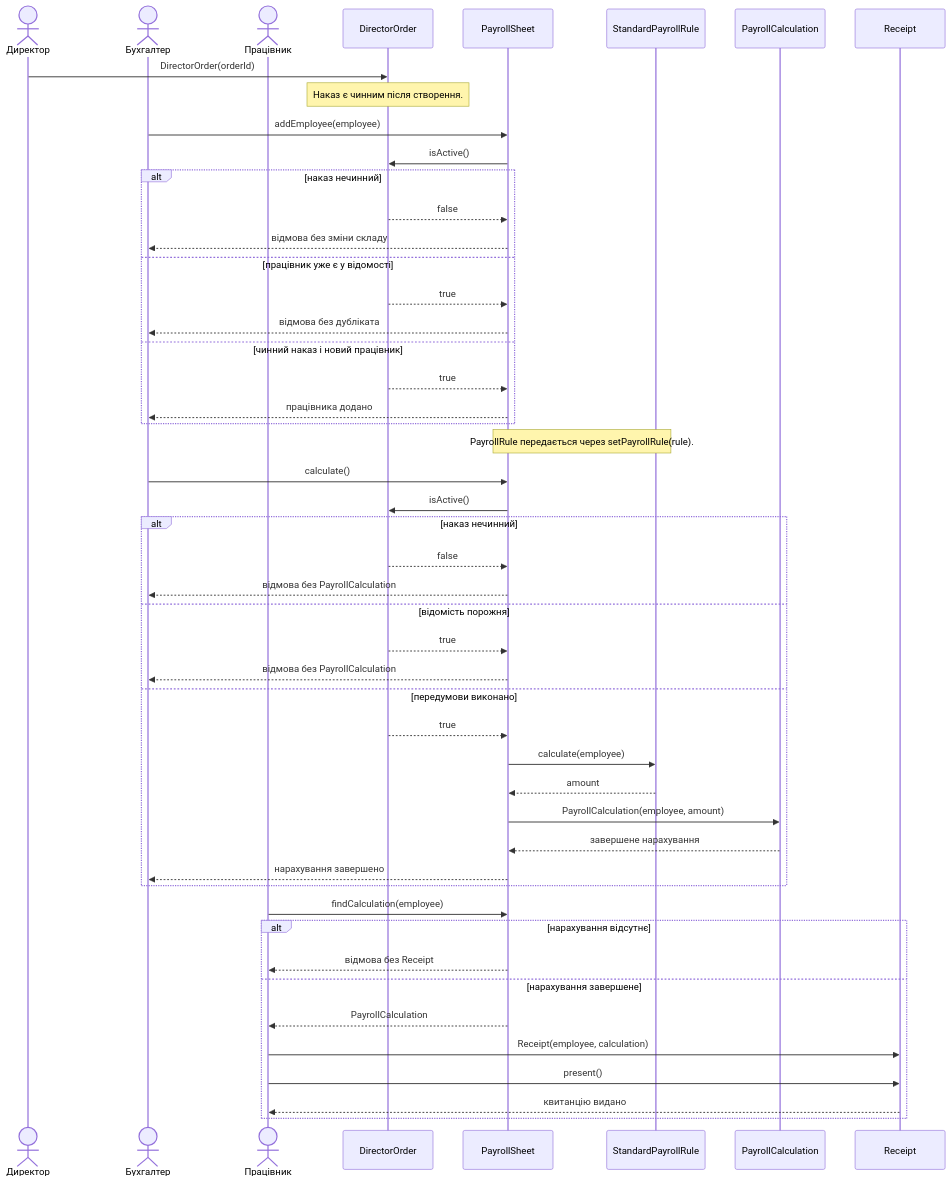
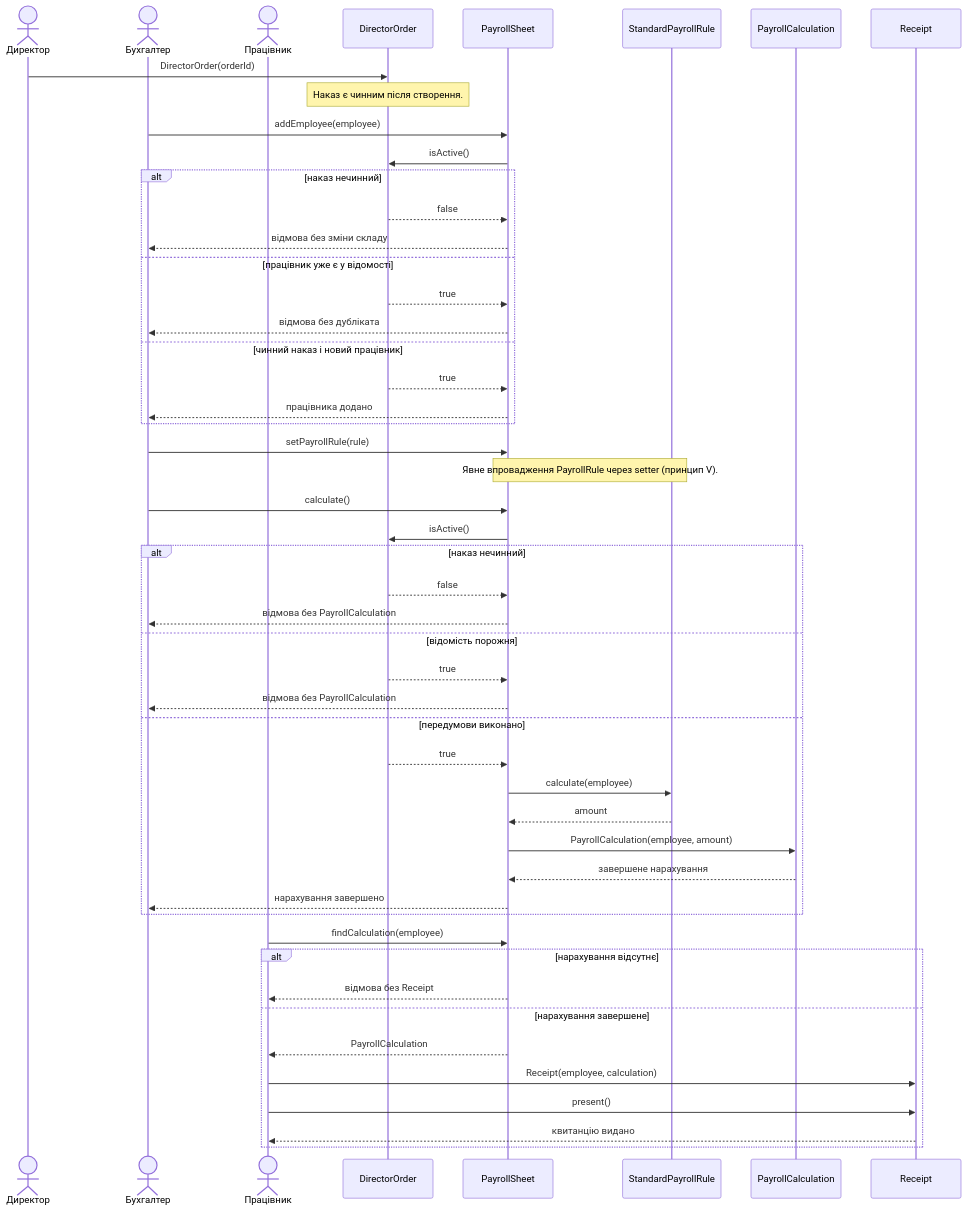
One commit to dmytro-ndp/payroll changed the diagram in docs/sequence.mmd. Above: the diagram before and after it, drawn with Mermaid. The commit also changed 3 other files, not shown here.

```diff
--- a/docs/sequence.mmd
+++ b/docs/sequence.mmd
@@ -1,53 +1,54 @@
 sequenceDiagram
     actor director as Директор
     actor accountant as Бухгалтер
     actor employee as Працівник
     participant order as DirectorOrder
     participant sheet as PayrollSheet
     participant rule as StandardPayrollRule
     participant calculation as PayrollCalculation
     participant receipt as Receipt
 
     director->>order: DirectorOrder(orderId)
     Note over order: Наказ є чинним після створення.
 
     accountant->>sheet: addEmployee(employee)
     sheet->>order: isActive()
     alt наказ нечинний
         order-->>sheet: false
         sheet-->>accountant: відмова без зміни складу
     else працівник уже є у відомості
         order-->>sheet: true
         sheet-->>accountant: відмова без дубліката
     else чинний наказ і новий працівник
         order-->>sheet: true
         sheet-->>accountant: працівника додано
     end
 
-    Note over sheet,rule: PayrollRule передається через setPayrollRule(rule).
+    accountant->>sheet: setPayrollRule(rule)
+    Note over sheet,rule: Явне впровадження PayrollRule через setter (принцип V).
     accountant->>sheet: calculate()
     sheet->>order: isActive()
     alt наказ нечинний
         order-->>sheet: false
         sheet-->>accountant: відмова без PayrollCalculation
     else відомість порожня
         order-->>sheet: true
         sheet-->>accountant: відмова без PayrollCalculation
     else передумови виконано
         order-->>sheet: true
         sheet->>rule: calculate(employee)
         rule-->>sheet: amount
         sheet->>calculation: PayrollCalculation(employee, amount)
         calculation-->>sheet: завершене нарахування
         sheet-->>accountant: нарахування завершено
     end
 
     employee->>sheet: findCalculation(employee)
     alt нарахування відсутнє
         sheet-->>employee: відмова без Receipt
     else нарахування завершене
         sheet-->>employee: PayrollCalculation
         employee->>receipt: Receipt(employee, calculation)
         employee->>receipt: present()
         receipt-->>employee: квитанцію видано
     end
```
